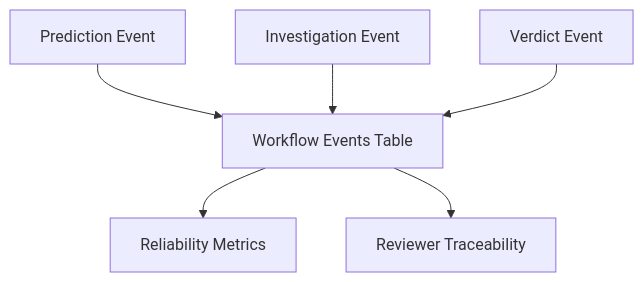
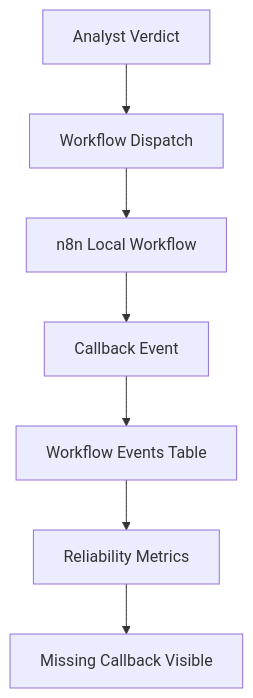
One commit to IjazKakkodDS/transaction-fraud-intelligence-console changed the sixth of 6 diagrams in README.md. Above: the diagram before and after it, drawn with Mermaid. The commit also changed other lines of this file, not shown here.

Commit message:
Enhance README architecture and reviewer flow

````diff
--- a/README.md
+++ b/README.md
@@ -366,14 +422,16 @@
 ```mermaid
 graph TD
-A[Prediction Event]
-B[Investigation Event]
-C[Verdict Event]
-D[Workflow Events Table]
-E[Reliability Metrics]
-F[Reviewer Traceability]
-A --> D
-B --> D
+A[Analyst Verdict]
+B[Workflow Dispatch]
+C[n8n Local Workflow]
+D[Callback Event]
+E[Workflow Events Table]
+F[Reliability Metrics]
+G[Missing Callback Visible]
+A --> B
+B --> C
 C --> D
 D --> E
-D --> F
+E --> F
+F --> G
 ```
````
